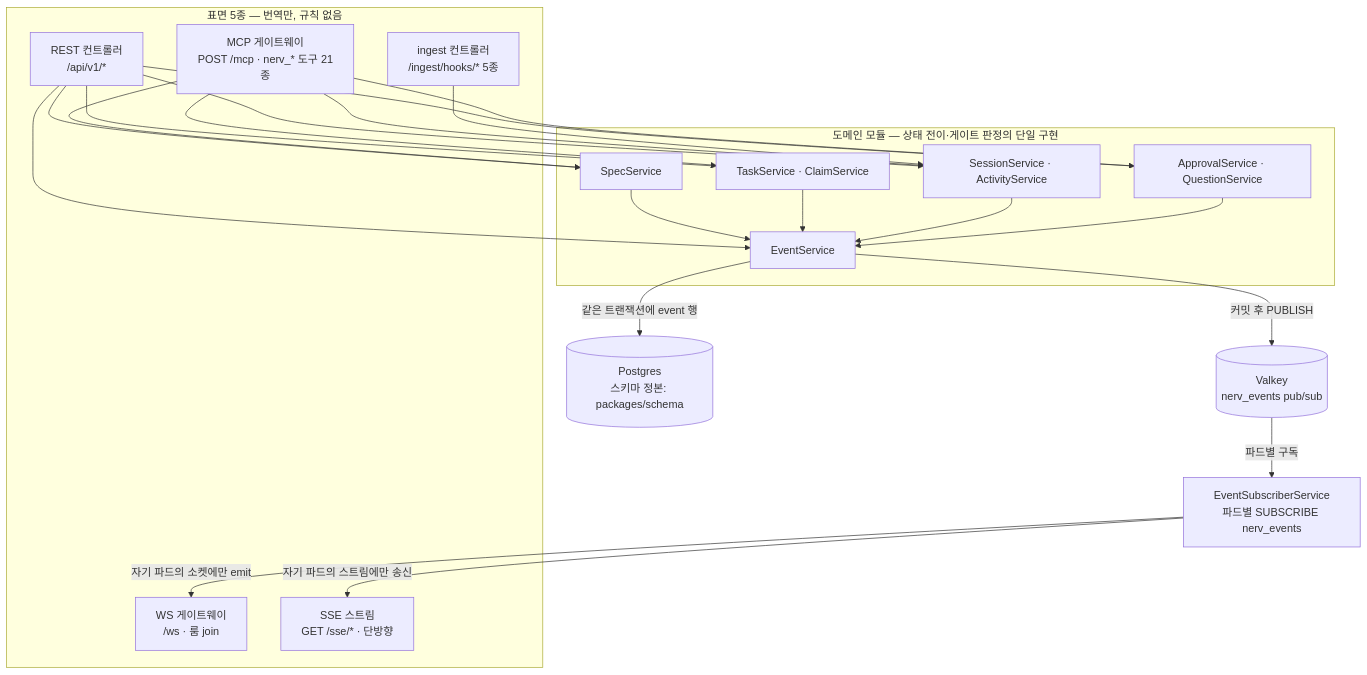
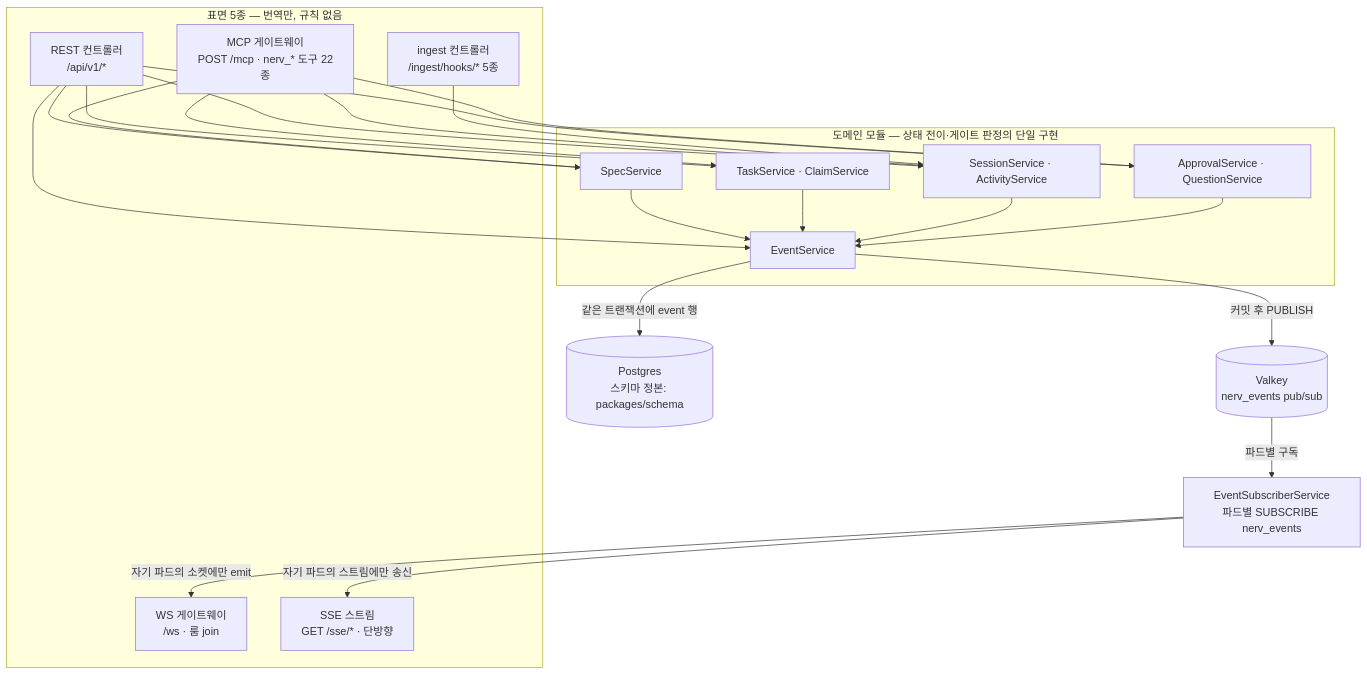
One commit to worker-ants/nerv changed the diagram in docs/04-mvp/codebase.md. Above: the diagram before and after it, drawn with Mermaid. The commit also changed other lines of this file and 35 other files, not shown here.

First line of the commit message:
feat(api,schema,plugin,docs): 만들 수 없는 값 둘에 길을 낸다

````diff
--- a/docs/04-mvp/codebase.md
+++ b/docs/04-mvp/codebase.md
@@ -173,40 +174,40 @@
 ```mermaid
 flowchart TB
   subgraph SURF["표면 5종 — 번역만, 규칙 없음"]
     REST["REST 컨트롤러<br/>/api/v1/*"]
-    MCP["MCP 게이트웨이<br/>POST /mcp · nerv_* 도구 21종"]
+    MCP["MCP 게이트웨이<br/>POST /mcp · nerv_* 도구 22종"]
     WS["WS 게이트웨이<br/>/ws · 룸 join"]
     SSE["SSE 스트림<br/>GET /sse/* · 단방향"]
     ING["ingest 컨트롤러<br/>/ingest/hooks/* 5종"]
   end
   subgraph DOM["도메인 모듈 — 상태 전이·게이트 판정의 단일 구현"]
     SS["SpecService"]
     TS["TaskService · ClaimService"]
     SES["SessionService · ActivityService"]
     AP["ApprovalService · QuestionService"]
     EV["EventService"]
   end
   PG[("Postgres<br/>스키마 정본: packages/schema")]
   VK[("Valkey<br/>nerv_events pub/sub")]
   SUB["EventSubscriberService<br/>파드별 SUBSCRIBE nerv_events"]
 
   REST --> SS
   REST --> TS
   REST --> SES
   REST --> AP
   REST --> EV
   MCP --> SS
   MCP --> TS
   MCP --> SES
   MCP --> AP
   ING --> SES
   SS --> EV
   TS --> EV
   SES --> EV
   AP --> EV
   EV -->|"같은 트랜잭션에 event 행"| PG
   EV -->|"커밋 후 PUBLISH"| VK
   VK -->|"파드별 구독"| SUB
   SUB -->|"자기 파드의 소켓에만 emit"| WS
   SUB -->|"자기 파드의 스트림에만 송신"| SSE
 ```
````
